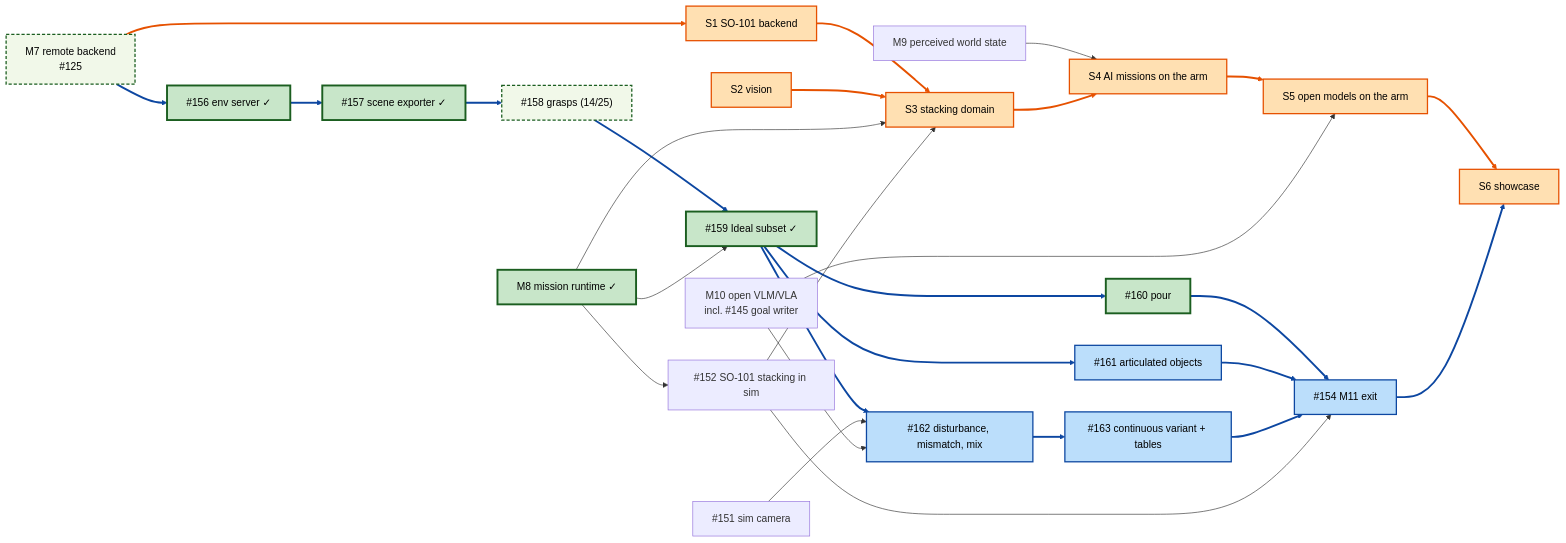
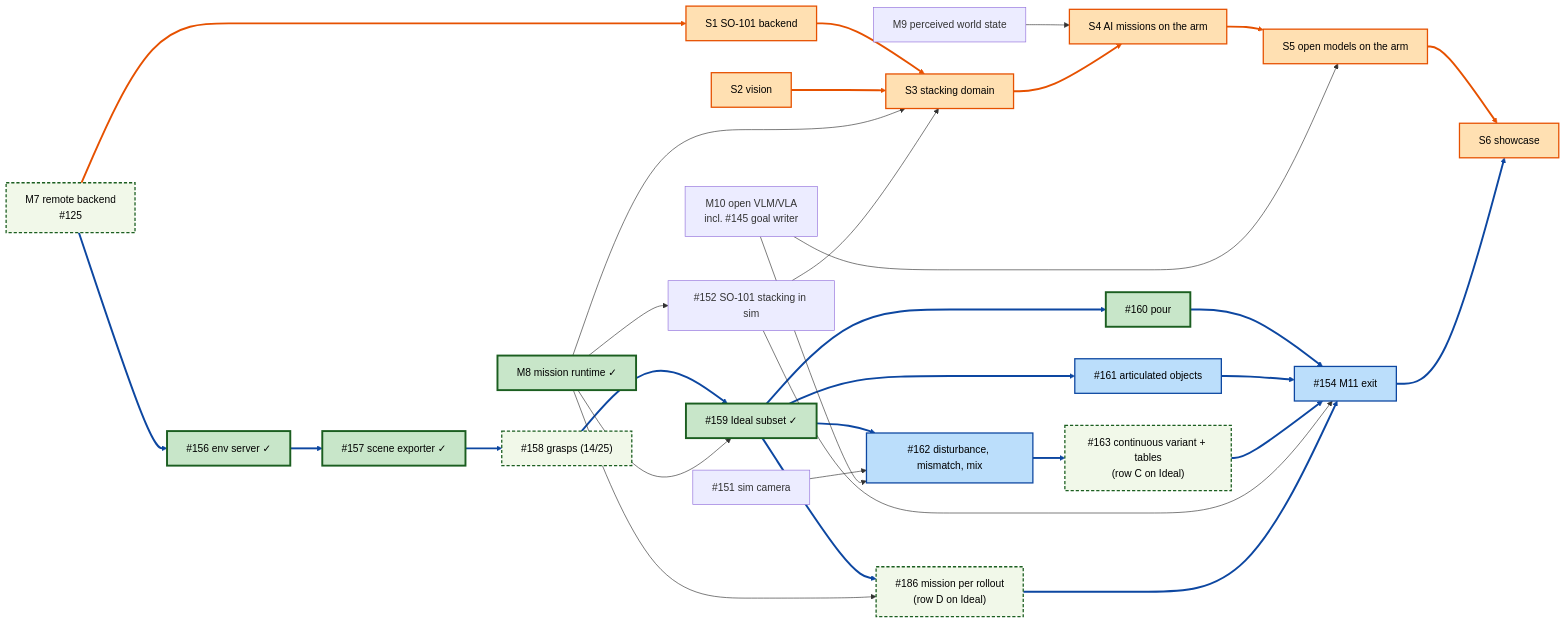
Before and after one commit to thanhndv212/long-tamp: the diagram in docs/plans/roadmap.md, drawn with Mermaid. The commit also changed other lines of this file, not shown here.

First line of the commit message:
Record RoboCerebra row D and the place onto an object in the roadmap

````diff
--- a/docs/plans/roadmap.md
+++ b/docs/plans/roadmap.md
@@ -171,61 +171,65 @@
 ```mermaid
 flowchart LR
   M7[M7 remote backend<br/>#125]
   M8[M8 mission runtime ✓]
   M9[M9 perceived world state]
   M10[M10 open VLM/VLA<br/>incl. #145 goal writer]
   CAM["#151 sim camera"]
   SIM["#152 SO-101 stacking in sim"]
   R1["#156 env server ✓"]
   R2["#157 scene exporter ✓"]
   R3["#158 grasps (14/25)"]
   R4["#159 Ideal subset ✓"]
   R5["#160 pour"]
   R6["#161 articulated objects"]
   R7["#162 disturbance, mismatch, mix"]
-  R8["#163 continuous variant + tables"]
+  R8["#163 continuous variant + tables<br/>(row C on Ideal)"]
+  R9["#186 mission per rollout<br/>(row D on Ideal)"]
   X["#154 M11 exit"]
   S1[S1 SO-101 backend]
   S2[S2 vision]
   S3[S3 stacking domain]
   S4[S4 AI missions on the arm]
   S5[S5 open models on the arm]
   S6[S6 showcase]
   M7 --> R1
   R1 --> R2
   R2 --> R3
   R3 --> R4
   M8 --> R4
   R4 --> R5
   R4 --> R6
   R4 --> R7
   CAM --> R7
   M10 --> R7
   R7 --> R8
   R5 --> X
   R6 --> X
   R8 --> X
   M8 --> SIM
   SIM --> X
   M7 --> S1
   S1 --> S3
   S2 --> S3
   M8 --> S3
   SIM --> S3
   M9 --> S4
   S3 --> S4
   S4 --> S5
   M10 --> S5
   S5 --> S6
   X --> S6
+  R4 --> R9
+  M8 --> R9
+  R9 --> X
   classDef hw fill:#ffe0b2,stroke:#e65100,stroke-width:2px,color:#000
   classDef bench fill:#bbdefb,stroke:#0d47a1,stroke-width:2px,color:#000
   class S1,S2,S3,S4,S5,S6 hw
-  class R1,R2,R3,R4,R5,R6,R7,R8,X bench
+  class R1,R2,R3,R4,R5,R6,R7,R8,R9,X bench
   classDef done fill:#c8e6c9,stroke:#1b5e20,stroke-width:3px,color:#000
   classDef partial fill:#f1f8e9,stroke:#1b5e20,stroke-width:2px,stroke-dasharray:5 3,color:#000
   class M8,R1,R2,R4,R5 done
-  class M7,R3 partial
+  class M7,R3,R8,R9 partial
   linkStyle 16,17,18,22,23,25 stroke:#e65100,stroke-width:3px
-  linkStyle 0,1,2,3,5,6,7,10,11,12,13,26 stroke:#0d47a1,stroke-width:3px
+  linkStyle 0,1,2,3,5,6,7,10,11,12,13,26,27,29 stroke:#0d47a1,stroke-width:3px
 ```
````
